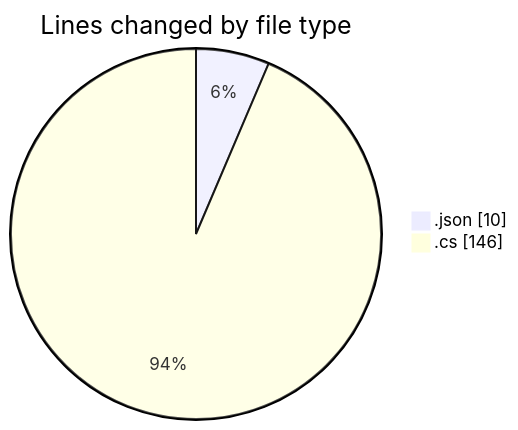
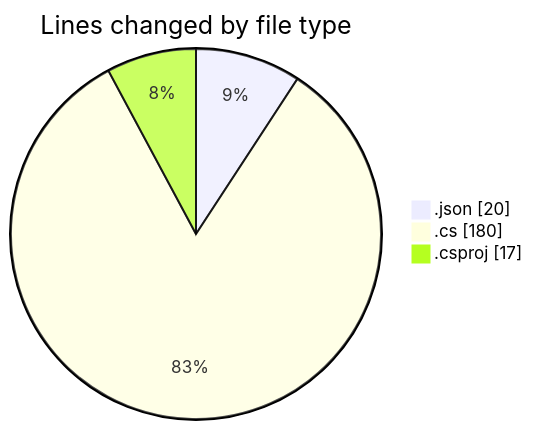
The first of 2 diagrams in 2025-04-05/schoolmanagement/README.md (Netris89/code-tracking), drawn with Mermaid before and after one commit. The commit also changed other lines of this file and 1 other file, not shown here.

````diff
--- a/2025-04-05/schoolmanagement/README.md
+++ b/2025-04-05/schoolmanagement/README.md
@@ -26,6 +28,7 @@
 ```mermaid
 pie showData
 title Lines changed by file type
-".json" : 10
-".cs" : 146
+".json" : 20
+".cs" : 180
+".csproj" : 17
 ```
````
